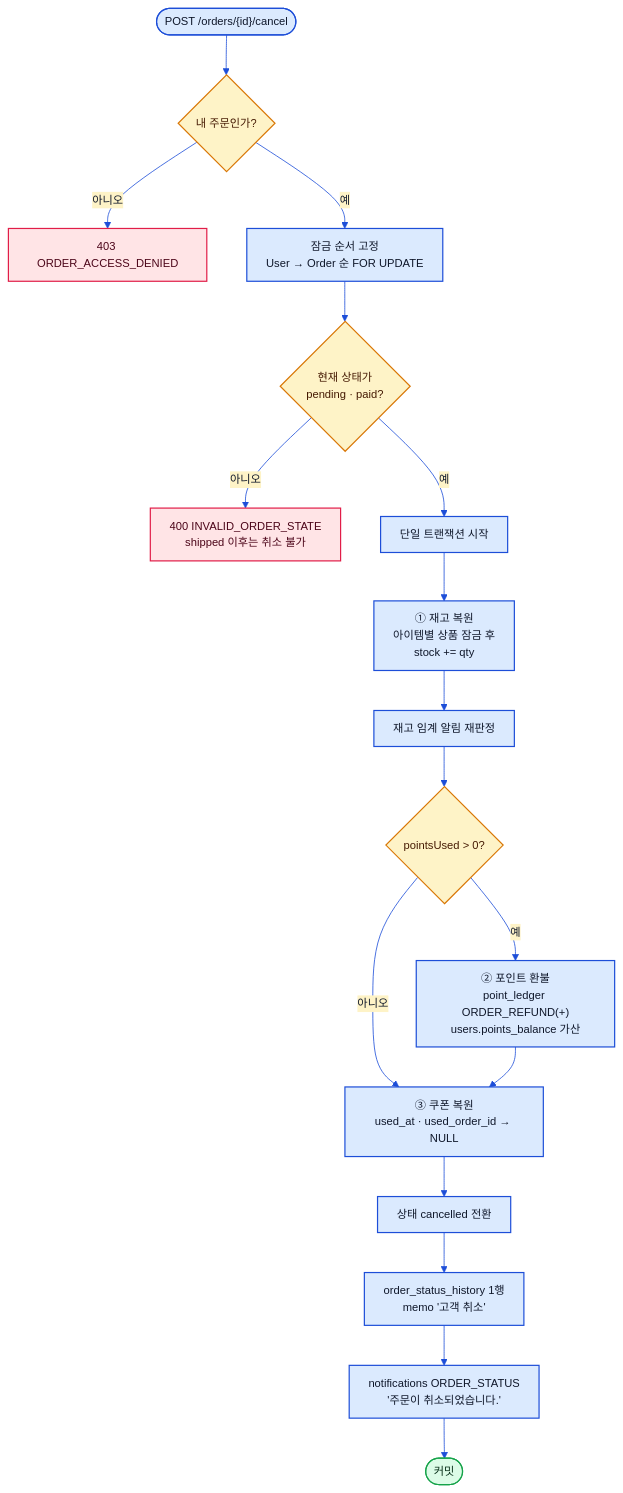
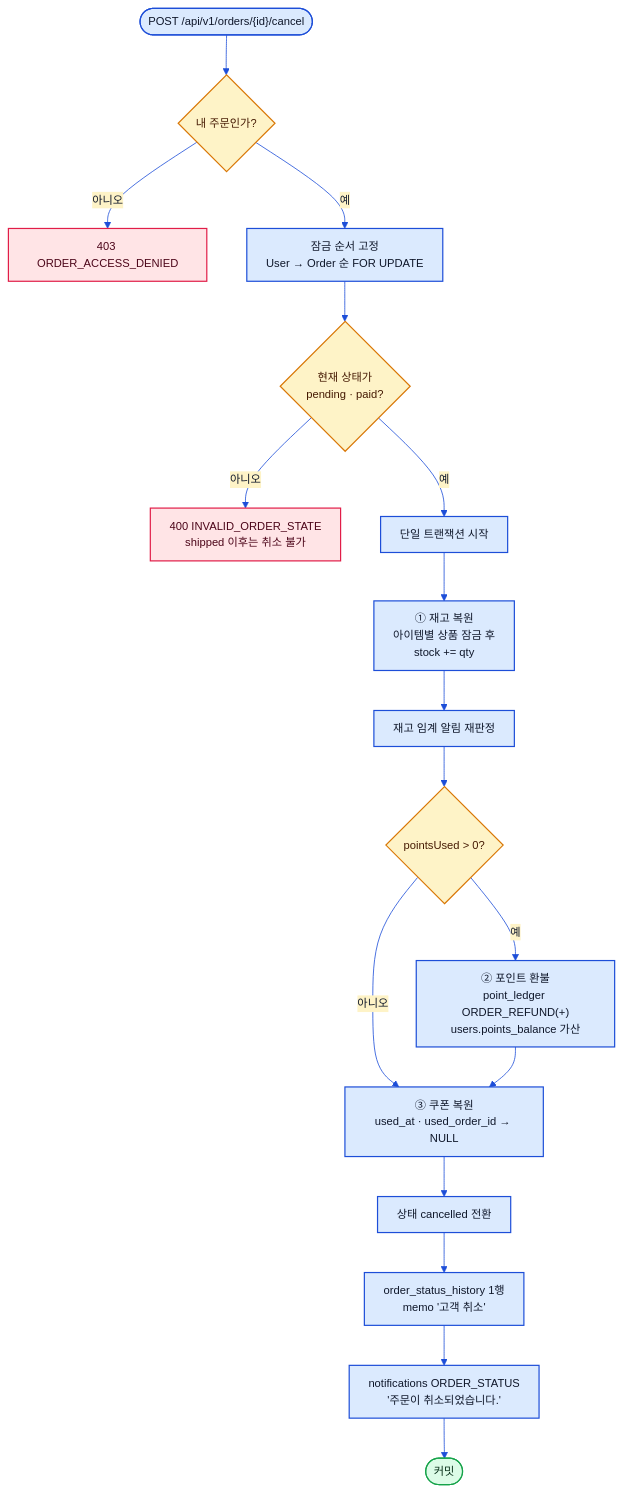
One commit to s-work-agency/ssw-e-commerce-demo-public changed the third of 3 diagrams in docs/architecture/03-order-flow.md. Above: the diagram before and after it, drawn with Mermaid. The commit also changed other lines of this file and 30 other files, not shown here.

Commit message:
docs: 다이어그램 SVG 폐지·mermaid 일원화 및 구성도·ERD 최신화

````diff
--- a/docs/architecture/03-order-flow.md
+++ b/docs/architecture/03-order-flow.md
@@ -114,31 +112,31 @@
 ```mermaid
 %%{init: {"theme":"base","fontFamily":"Pretendard, Malgun Gothic, sans-serif","themeVariables":{"fontSize":"14px","primaryColor":"#DBEAFE","primaryBorderColor":"#1D4ED8","primaryTextColor":"#0F172A","lineColor":"#1D4ED8","secondaryColor":"#FEF3C7","tertiaryColor":"#DCFCE7","clusterBkg":"#F8FAFC","clusterBorder":"#CBD5E1","noteBkgColor":"#FEF3C7","noteBorderColor":"#D97706","actorBkg":"#DBEAFE","actorBorder":"#1D4ED8","actorTextColor":"#0F172A","signalColor":"#1D4ED8","signalTextColor":"#0F172A","labelBoxBkgColor":"#DBEAFE","labelBoxBorderColor":"#1D4ED8","altSectionBkgColor":"#F8FAFC"},"flowchart":{"curve":"basis","htmlLabels":true,"padding":12}}}%%
 %% 공통 브랜드 테마 — architecture/*.md 전 다이어그램에 동일한 init 블록이 들어간다. 색을 바꿀 때는 이 폴더 전 파일을 일괄 치환할 것.
 flowchart TD
-    start(["POST /orders/{id}/cancel"]) --> owner{"내 주문인가?"}
+    start(["POST /api/v1/orders/{id}/cancel"]) --> owner{"내 주문인가?"}
     owner -->|"아니오"| deny["403 ORDER_ACCESS_DENIED"]
     owner -->|"예"| lock["잠금 순서 고정<br/>User → Order 순 FOR UPDATE"]
     lock --> statechk{"현재 상태가<br/>pending · paid?"}
     statechk -->|"아니오"| bad["400 INVALID_ORDER_STATE<br/>shipped 이후는 취소 불가"]
     statechk -->|"예"| tx["단일 트랜잭션 시작"]
 
     tx --> stock["① 재고 복원<br/>아이템별 상품 잠금 후<br/>stock += qty"]
     stock --> alert["재고 임계 알림 재판정"]
     alert --> point{"pointsUsed > 0?"}
     point -->|"예"| refund["② 포인트 환불<br/>point_ledger ORDER_REFUND(+)<br/>users.points_balance 가산"]
     point -->|"아니오"| coupon
     refund --> coupon["③ 쿠폰 복원<br/>used_at · used_order_id → NULL"]
     coupon --> flip["상태 cancelled 전환"]
     flip --> hist["order_status_history 1행<br/>memo '고객 취소'"]
     hist --> noti["notifications ORDER_STATUS<br/>'주문이 취소되었습니다.'"]
     noti --> done(["커밋"])
 
     classDef ok fill:#DCFCE7,stroke:#16A34A,stroke-width:1.5px,color:#052E16
     classDef fail fill:#FFE4E6,stroke:#E11D48,stroke-width:1.5px,color:#4C0519
     classDef gate fill:#FEF3C7,stroke:#D97706,stroke-width:1.5px,color:#451A03
     classDef step fill:#DBEAFE,stroke:#1D4ED8,stroke-width:1.5px,color:#0F172A
     class start,lock,tx,stock,alert,refund,coupon,flip,hist,noti step
     class owner,statechk,point gate
     class deny,bad fail
     class done ok
 ```
````
